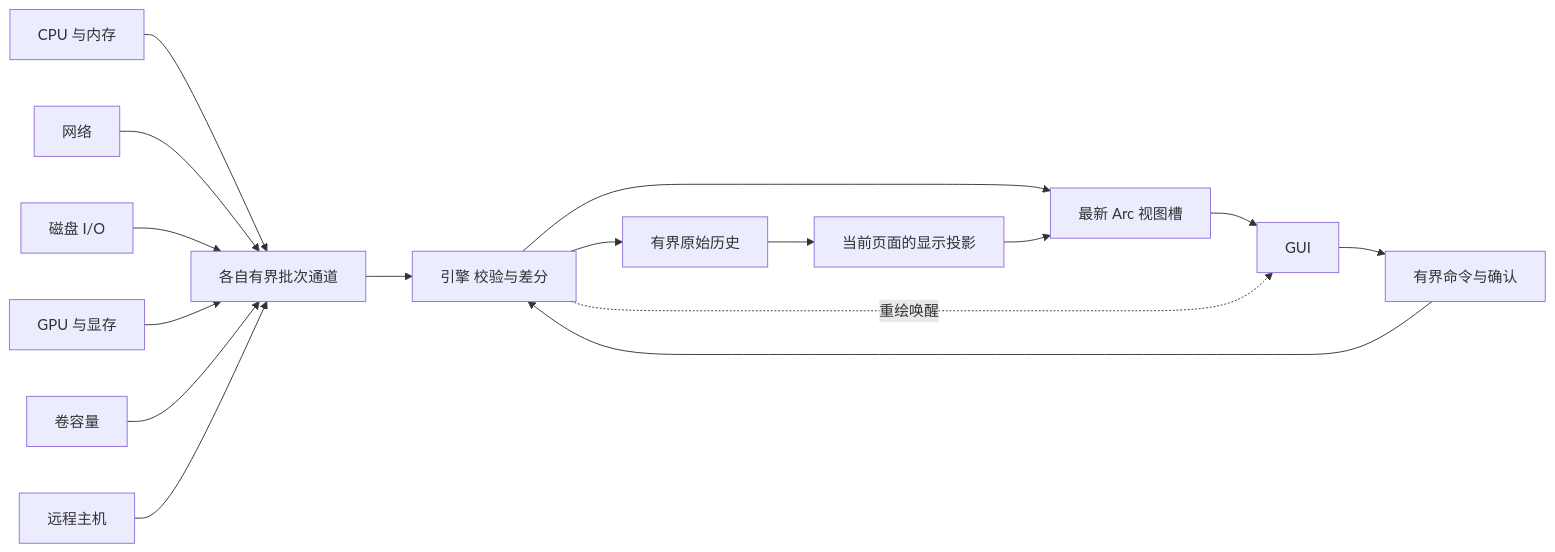
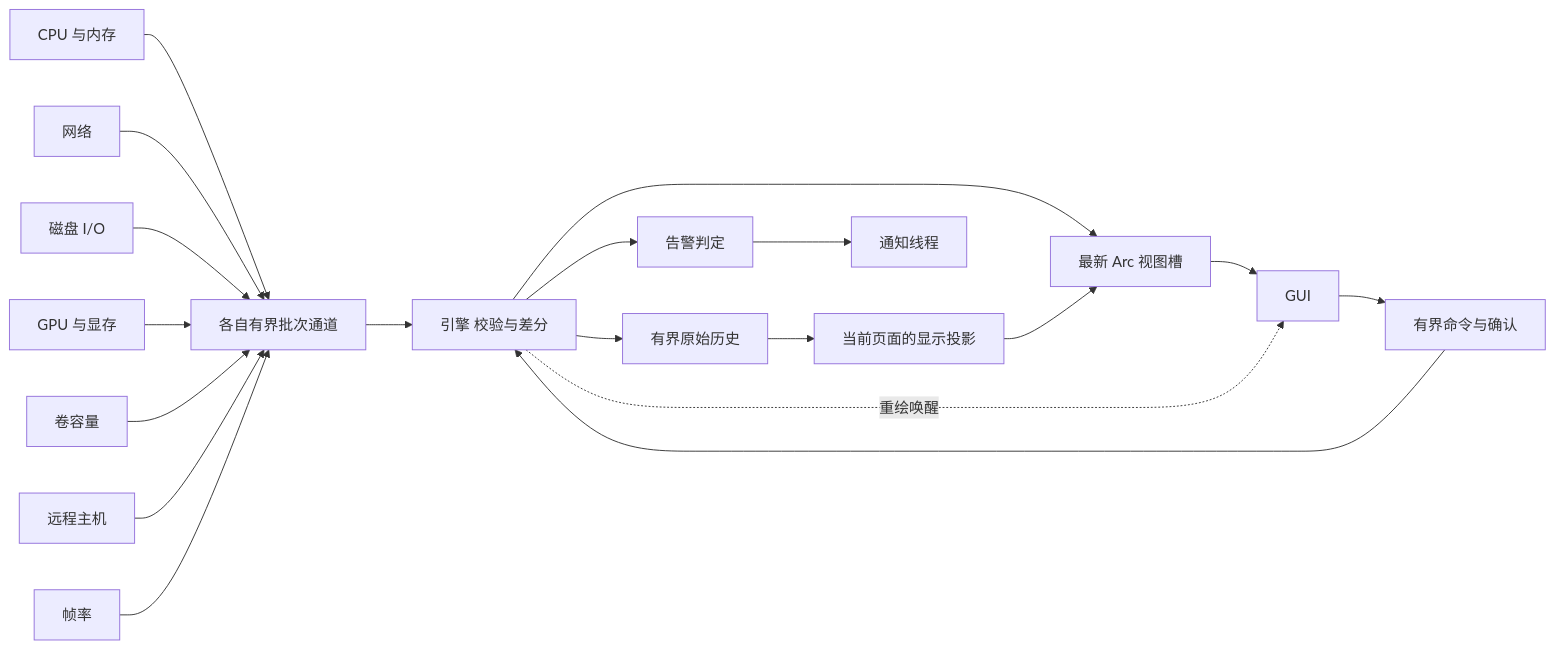
The second of 2 diagrams in docs/ARCHITECTURE.md (lengyc-Code/qqq_monitor), drawn with Mermaid before and after one commit. The commit also changed other lines of this file and 38 other files, not shown here.

````diff
--- a/docs/ARCHITECTURE.md
+++ b/docs/ARCHITECTURE.md
@@ -187,18 +197,21 @@
 ```mermaid
 flowchart LR
     CPU[CPU 与内存] --> CH[各自有界批次通道]
     NET[网络] --> CH
     DISK[磁盘 I/O] --> CH
     GPU[GPU 与显存] --> CH
     VOL[卷容量] --> CH
     SSH[远程主机] --> CH
+    FRM[帧率] --> CH
     CH --> ENGINE[引擎 校验与差分]
     ENGINE --> HISTORY[有界原始历史]
     HISTORY --> PROJECTION[当前页面的显示投影]
     ENGINE --> SLOT[最新 Arc 视图槽]
+    ENGINE --> ALERT[告警判定]
+    ALERT --> NOTIFY[通知线程]
     PROJECTION --> SLOT
     SLOT --> UI[GUI]
     UI --> COMMAND[有界命令与确认]
     COMMAND --> ENGINE
     ENGINE -. 重绘唤醒 .-> UI
 ```
````
